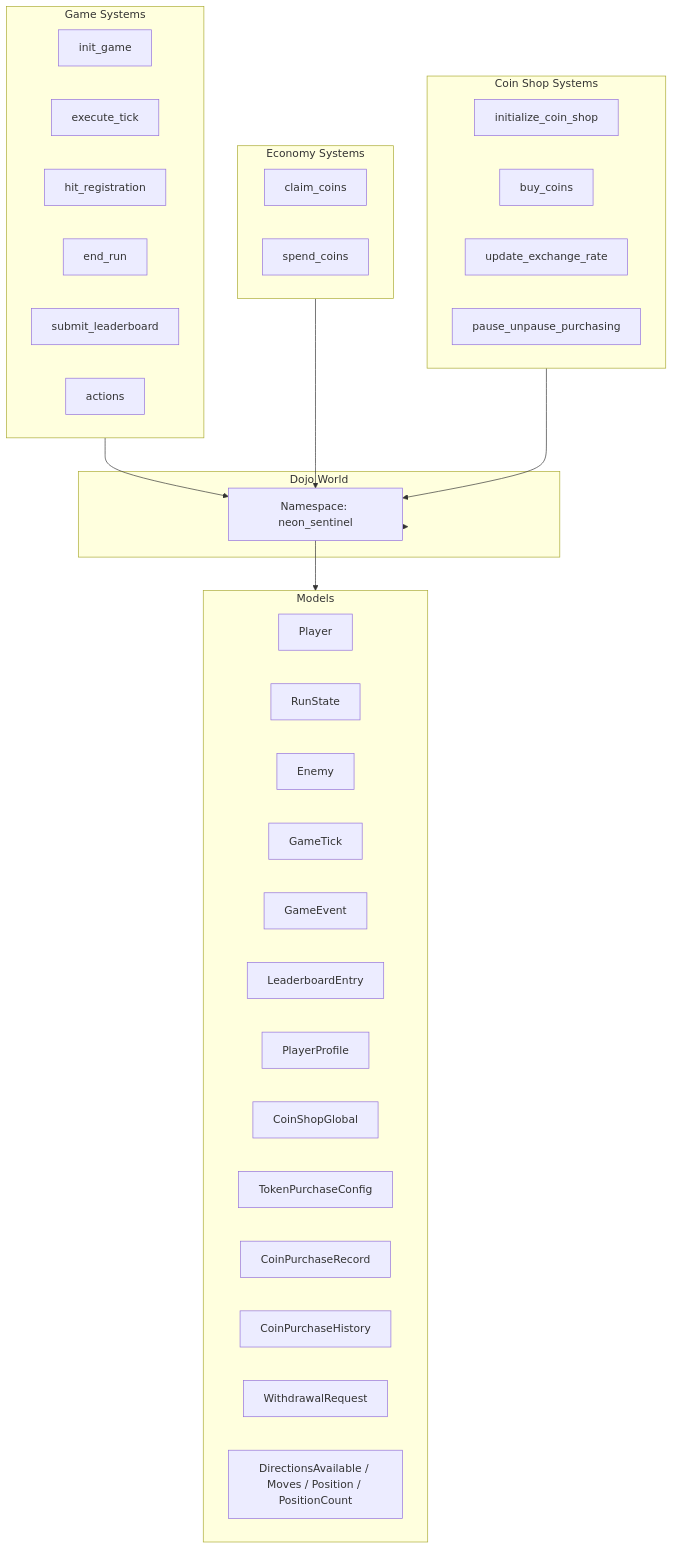
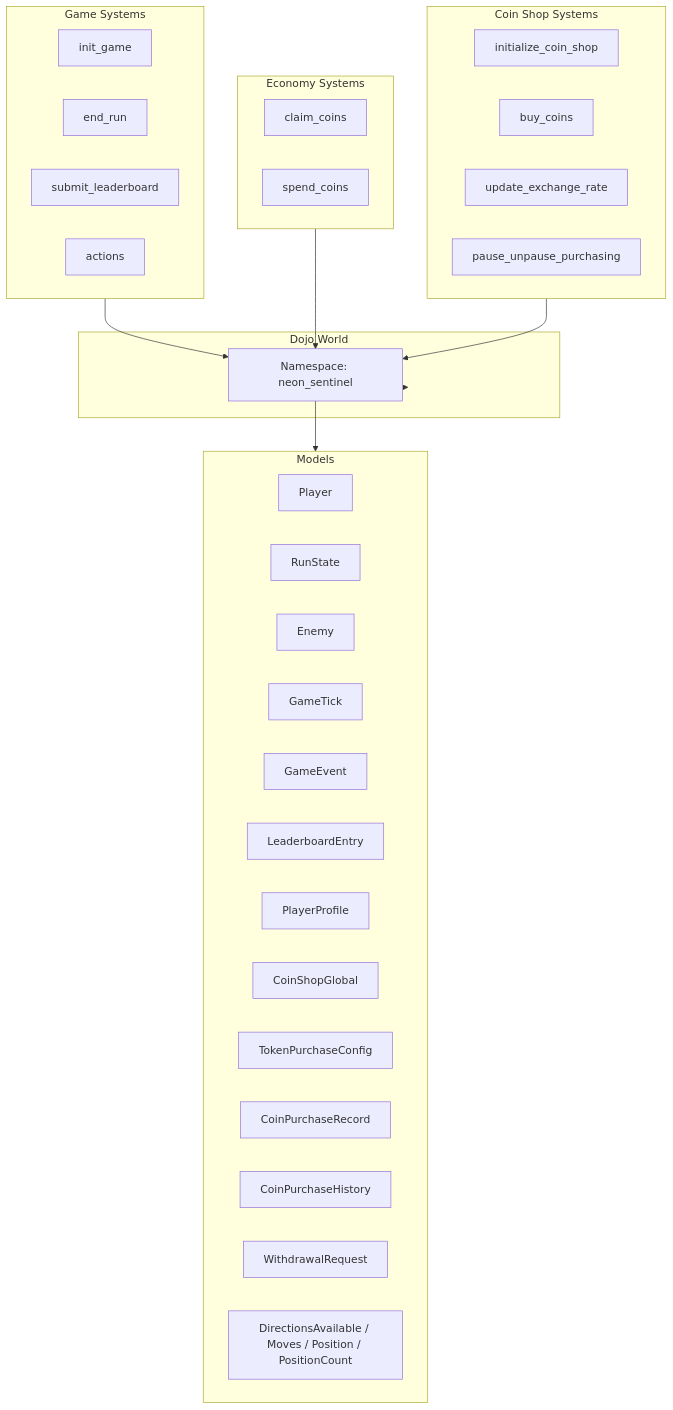
One commit to Otaiki1/neon-sentinel-contract changed the diagram in README.md. Above: the diagram before and after it, drawn with Mermaid. The commit also changed other lines of this file and 3 other files, not shown here.

````diff
--- a/README.md
+++ b/README.md
@@ -28,49 +28,47 @@
 ```mermaid
 flowchart TB
   subgraph world [Dojo World]
     NS[Namespace: neon_sentinel]
   end
 
   subgraph game [Game Systems]
     IG[init_game]
-    ET[execute_tick]
-    HR[hit_registration]
     ER[end_run]
     SL[submit_leaderboard]
     ACT[actions]
   end
 
   subgraph economy [Economy Systems]
     CC[claim_coins]
     SC[spend_coins]
   end
 
   subgraph shop [Coin Shop Systems]
     ICS[initialize_coin_shop]
     BC[buy_coins]
     UER[update_exchange_rate]
     PUP[pause_unpause_purchasing]
   end
 
   subgraph models [Models]
     P[Player]
     R[RunState]
     E[Enemy]
     GT[GameTick]
     GE[GameEvent]
     LB[LeaderboardEntry]
     PP[PlayerProfile]
     CSG[CoinShopGlobal]
     TPC[TokenPurchaseConfig]
     CPR[CoinPurchaseRecord]
     CPH[CoinPurchaseHistory]
     WR[WithdrawalRequest]
     M[DirectionsAvailable / Moves / Position / PositionCount]
   end
 
   world --> NS
   game --> NS
   economy --> NS
   shop --> NS
   NS --> models
 ```
````
